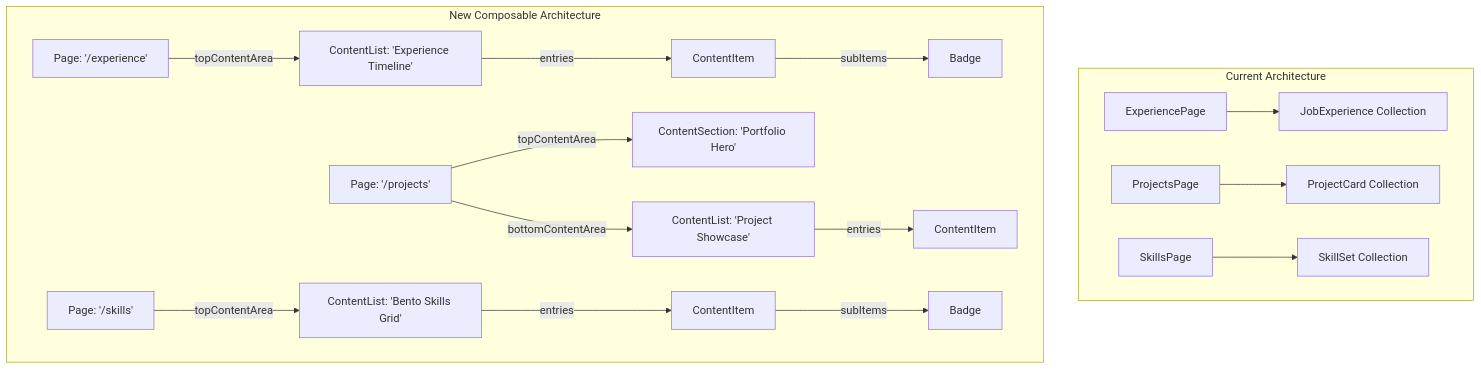
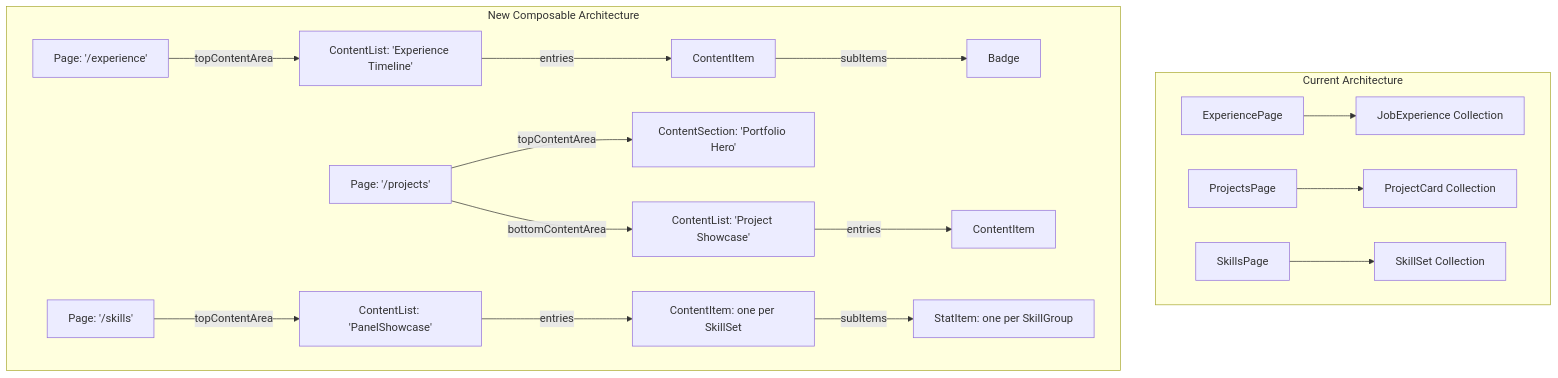
The first of 4 diagrams in docs/domain/content-model-mapping.md (Abbas4tech/abbas-web-resume), drawn with Mermaid before and after one commit. The commit also changed other lines of this file and 11 other files, not shown here.

First line of the commit message:
feat: migrate legacy Contentful content into composable schema (ADR-0019)

````diff
--- a/docs/domain/content-model-mapping.md
+++ b/docs/domain/content-model-mapping.md
@@ -9,22 +18,22 @@
 ```mermaid
 graph TD
     subgraph Current Architecture
         A[ExperiencePage] --> B[JobExperience Collection]
         C[ProjectsPage] --> D[ProjectCard Collection]
         E[SkillsPage] --> F[SkillSet Collection]
     end
 
     subgraph New Composable Architecture
         G[Page: '/experience'] -->|topContentArea| H[ContentList: 'Experience Timeline']
         H -->|entries| I[ContentItem]
         I -->|subItems| J[Badge]
         
         K[Page: '/projects'] -->|topContentArea| L[ContentSection: 'Portfolio Hero']
         K -->|bottomContentArea| L2[ContentList: 'Project Showcase']
         L2 -->|entries| M[ContentItem]
         
-        N[Page: '/skills'] -->|topContentArea| O[ContentList: 'Bento Skills Grid']
-        O -->|entries| P[ContentItem]
-        P -->|subItems| Q[Badge]
+        N[Page: '/skills'] -->|topContentArea| O[ContentList: 'PanelShowcase']
+        O -->|entries| P[ContentItem: one per SkillSet]
+        P -->|subItems| Q[StatItem: one per SkillGroup]
     end
 ```
````
